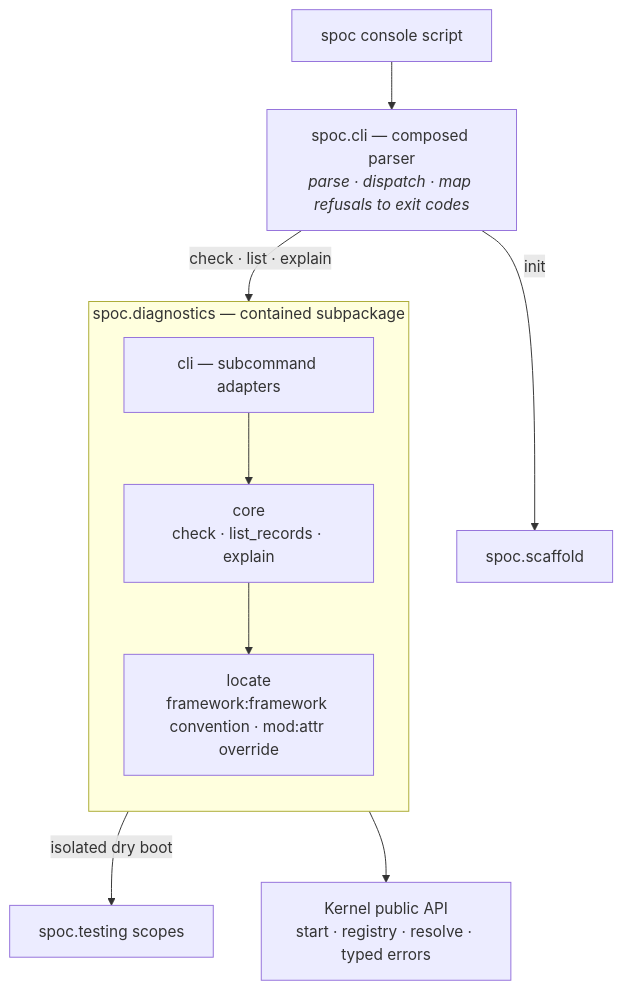
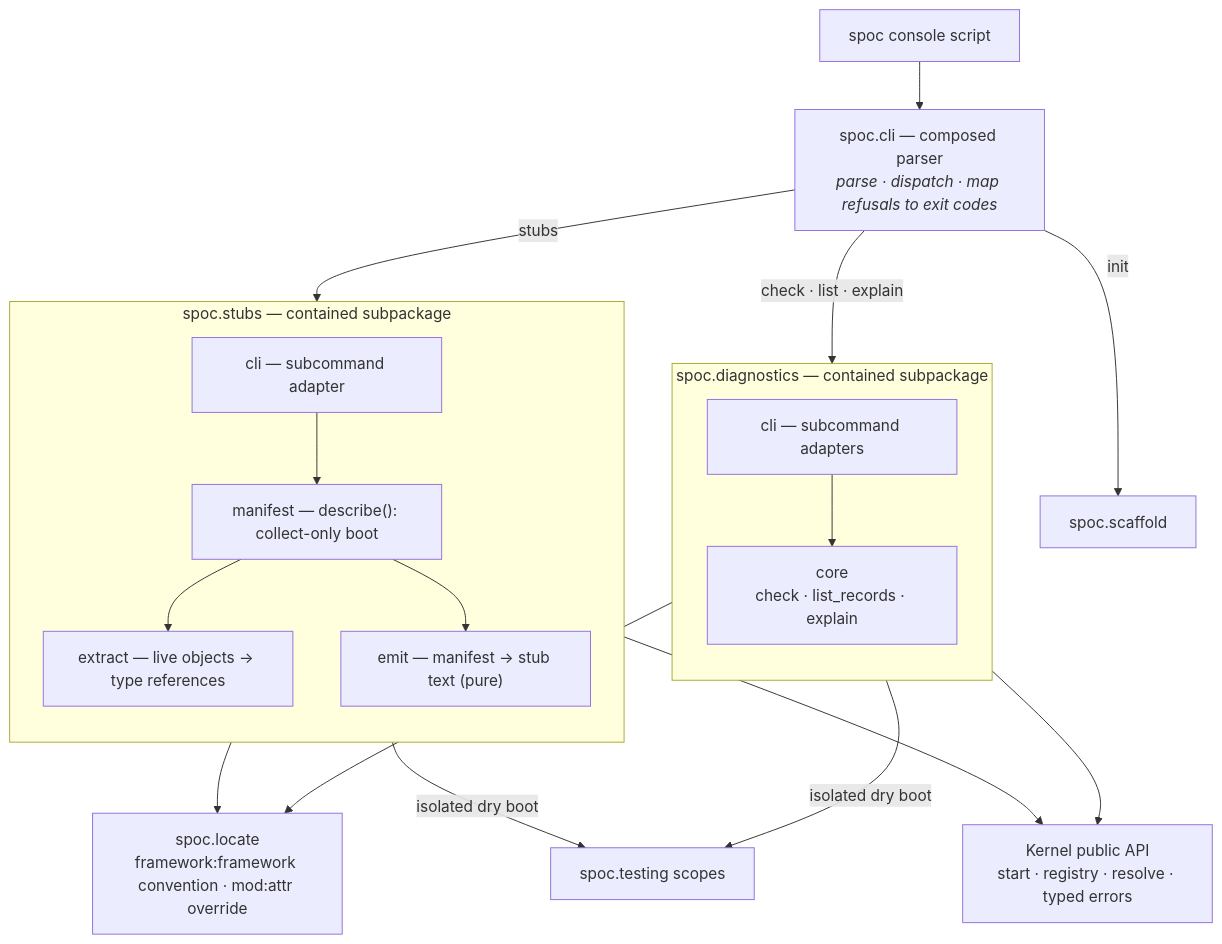
Before and after one commit to hlop3z/spoc: the ninth of 9 diagrams in docs/architecture/kernel.md, drawn with Mermaid. The commit also changed other lines of this file and 7 other files, not shown here.

````diff
--- a/docs/architecture/kernel.md
+++ b/docs/architecture/kernel.md
@@ -278,17 +278,33 @@
 ```mermaid
 flowchart TB
     console["spoc console script"] --> cli["spoc.cli — composed parser<br/><i>parse · dispatch · map refusals to exit codes</i>"]
     cli -->|init| scaffold["spoc.scaffold"]
     cli -->|check · list · explain| diag
+    cli -->|stubs| stubs
 
     subgraph diag ["spoc.diagnostics — contained subpackage"]
         direction TB
         dcli["cli — subcommand adapters"]
         dcore["core<br/>check · list_records · explain"]
-        locate["locate<br/>framework:framework convention · mod:attr override"]
-        dcli --> dcore --> locate
+        dcli --> dcore
     end
 
+    subgraph stubs ["spoc.stubs — contained subpackage"]
+        direction TB
+        scli["cli — subcommand adapter"]
+        sman["manifest — describe(): collect-only boot"]
+        sext["extract — live objects → type references"]
+        semit["emit — manifest → stub text (pure)"]
+        scli --> sman --> sext
+        sman --> semit
+    end
+
+    locate["spoc.locate<br/>framework:framework convention · mod:attr override"]
+    dcore --> locate
+    sman --> locate
+
     dcore -->|isolated dry boot| harness["spoc.testing scopes"]
+    sman -->|isolated dry boot| harness
     dcore --> kernel["Kernel public API<br/>start · registry · resolve · typed errors"]
+    sman --> kernel
 ```
````
